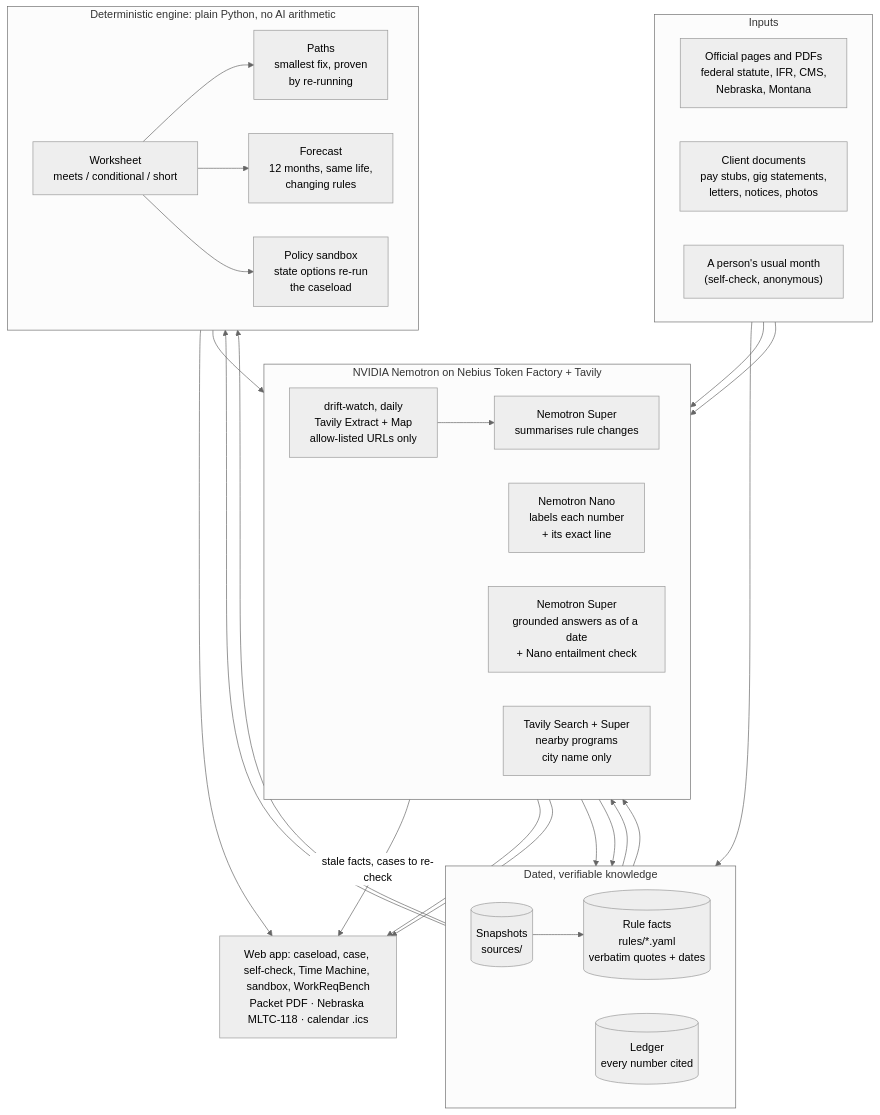
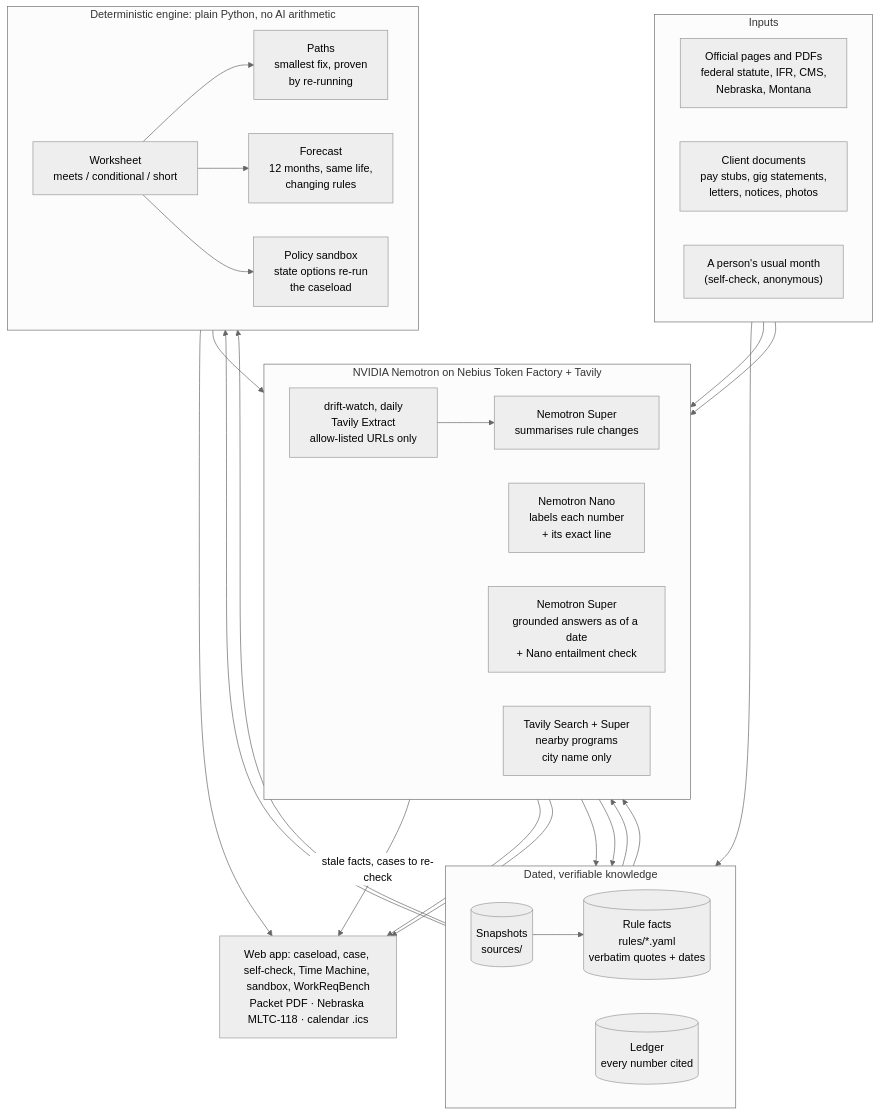
The diagram in README.md (TusharTechs/staycovered), drawn with Mermaid (neutral theme) before and after one commit. The commit also changed other lines of this file and 23 other files, not shown here.

````diff
--- a/README.md
+++ b/README.md
@@ -92,50 +92,50 @@
 ```mermaid
 flowchart TB
     subgraph IN["Inputs"]
         direction LR
         PAGES["Official pages and PDFs<br/>federal statute, IFR, CMS,<br/>Nebraska, Montana"]
         DOCS["Client documents<br/>pay stubs, gig statements,<br/>letters, notices, photos"]
         PERSON["A person's usual month<br/>(self-check, anonymous)"]
     end
 
     subgraph AI["NVIDIA Nemotron on Nebius Token Factory + Tavily"]
         direction LR
-        TX["drift-watch, daily<br/>Tavily Extract + Map<br/>allow-listed URLs only"]
+        TX["drift-watch, daily<br/>Tavily Extract<br/>allow-listed URLs only"]
         SUM["Nemotron Super<br/>summarises rule changes"]
         EXT["Nemotron Nano<br/>labels each number<br/>+ its exact line"]
         QA["Nemotron Super<br/>grounded answers as of a date<br/>+ Nano entailment check"]
         NEAR["Tavily Search + Super<br/>nearby programs<br/>city name only"]
     end
 
     subgraph DATA["Dated, verifiable knowledge"]
         direction LR
         SNAP[("Snapshots<br/>sources/")]
         FACTS[("Rule facts<br/>rules/*.yaml<br/>verbatim quotes + dates")]
         LEDGER[("Ledger<br/>every number cited")]
     end
 
     subgraph ENG["Deterministic engine: plain Python, no AI arithmetic"]
         direction LR
         WS["Worksheet<br/>meets / conditional / short"]
         PATHS["Paths<br/>smallest fix, proven<br/>by re-running"]
         FC["Forecast<br/>12 months, same life,<br/>changing rules"]
         SB["Policy sandbox<br/>state options re-run<br/>the caseload"]
     end
 
     OUT["Web app: caseload, case, self-check, Time Machine, sandbox, WorkReqBench<br/>Packet PDF · Nebraska MLTC-118 · calendar .ics"]
 
     PAGES --> TX --> SNAP --> FACTS
     TX --> SUM
     DOCS --> EXT --> LEDGER
     PERSON --> LEDGER
     FACTS --> WS
     LEDGER --> WS
     WS --> PATHS & FC & SB
     PATHS --> NEAR
     SNAP --> QA
     FACTS --> QA
     SUM -->|stale facts, cases to re-check| OUT
     QA --> OUT
     ENG --> OUT
     NEAR --> OUT
 ```
````
